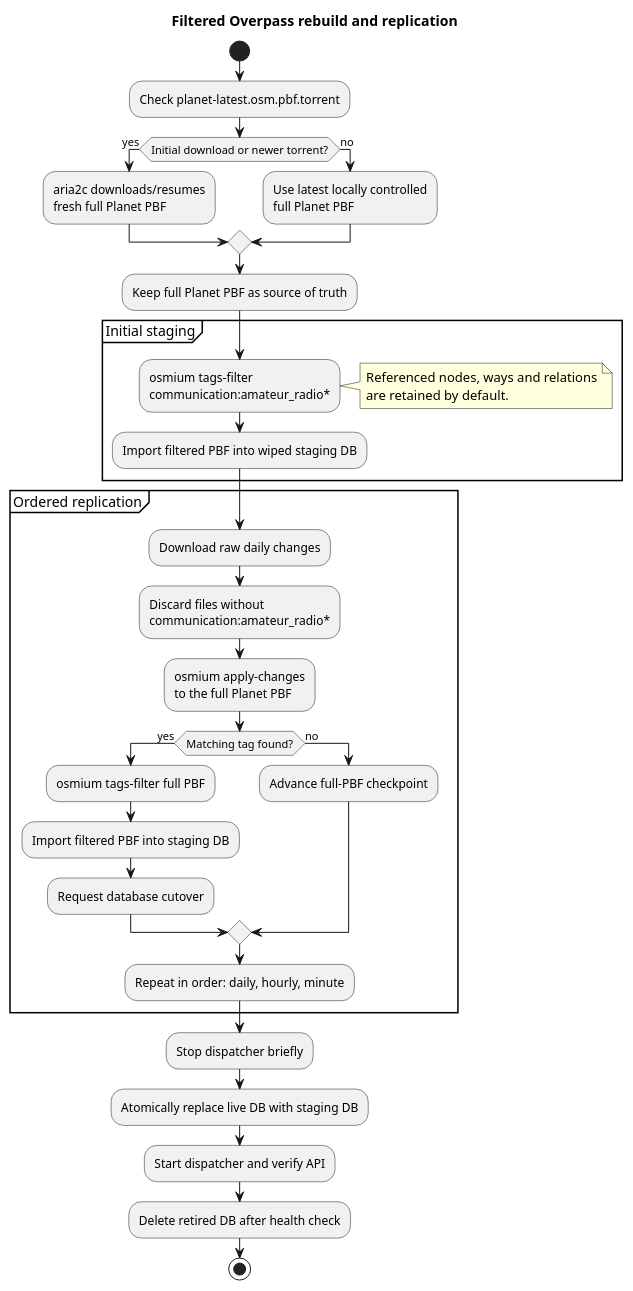
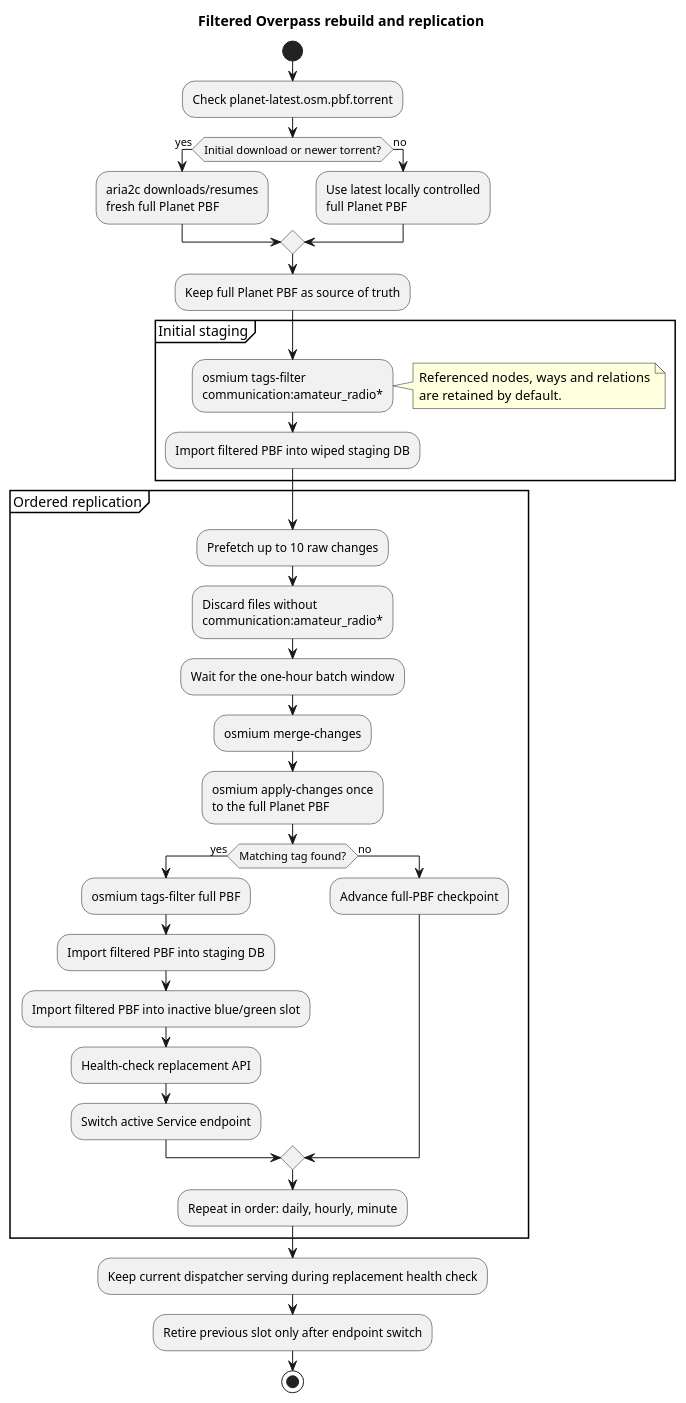
The diagram in docs/architecture.puml (ea7klk/overpass-radio-replication-server), drawn with PlantUML before and after one commit. The commit also changed 11 other files, not shown here.

Commit message:
Batch replication and add zero-downtime database slots

```diff
--- a/docs/architecture.puml
+++ b/docs/architecture.puml
@@ -1,48 +1,50 @@
 @startuml
 title Filtered Overpass rebuild and replication
 skinparam shadowing false
 skinparam componentStyle rectangle
 
 start
 :Check planet-latest.osm.pbf.torrent;
 if (Initial download or newer torrent?) then (yes)
   :aria2c downloads/resumes
   fresh full Planet PBF;
 else (no)
   :Use latest locally controlled
   full Planet PBF;
 endif
 :Keep full Planet PBF as source of truth;
 
 partition "Initial staging" {
   :osmium tags-filter
   communication:amateur_radio*;
   note right
     Referenced nodes, ways and relations
     are retained by default.
   end note
   :Import filtered PBF into wiped staging DB;
 }
 
 partition "Ordered replication" {
-  :Download raw daily changes;
+  :Prefetch up to 10 raw changes;
   :Discard files without
   communication:amateur_radio*;
-  :osmium apply-changes
+  :Wait for the one-hour batch window;
+  :osmium merge-changes;
+  :osmium apply-changes once
   to the full Planet PBF;
   if (Matching tag found?) then (yes)
     :osmium tags-filter full PBF;
     :Import filtered PBF into staging DB;
-    :Request database cutover;
+    :Import filtered PBF into inactive blue/green slot;
+    :Health-check replacement API;
+    :Switch active Service endpoint;
   else (no)
     :Advance full-PBF checkpoint;
   endif
   :Repeat in order: daily, hourly, minute;
 }
 
-:Stop dispatcher briefly;
-:Atomically replace live DB with staging DB;
-:Start dispatcher and verify API;
-:Delete retired DB after health check;
+:Keep current dispatcher serving during replacement health check;
+:Retire previous slot only after endpoint switch;
 stop
 @enduml
```
